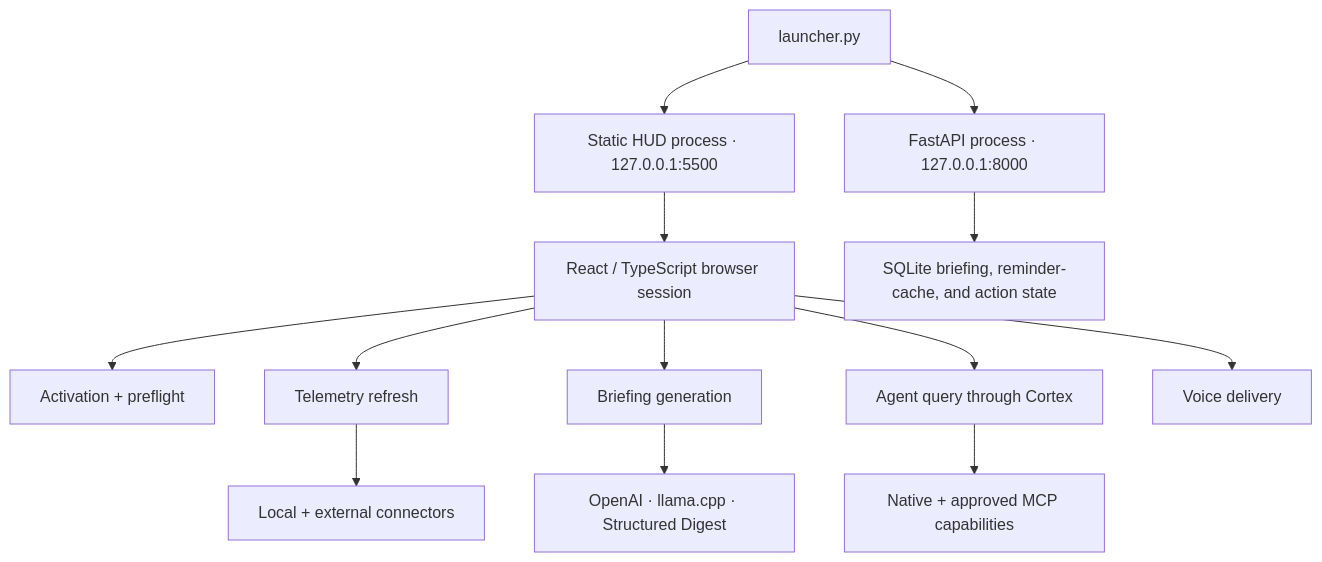
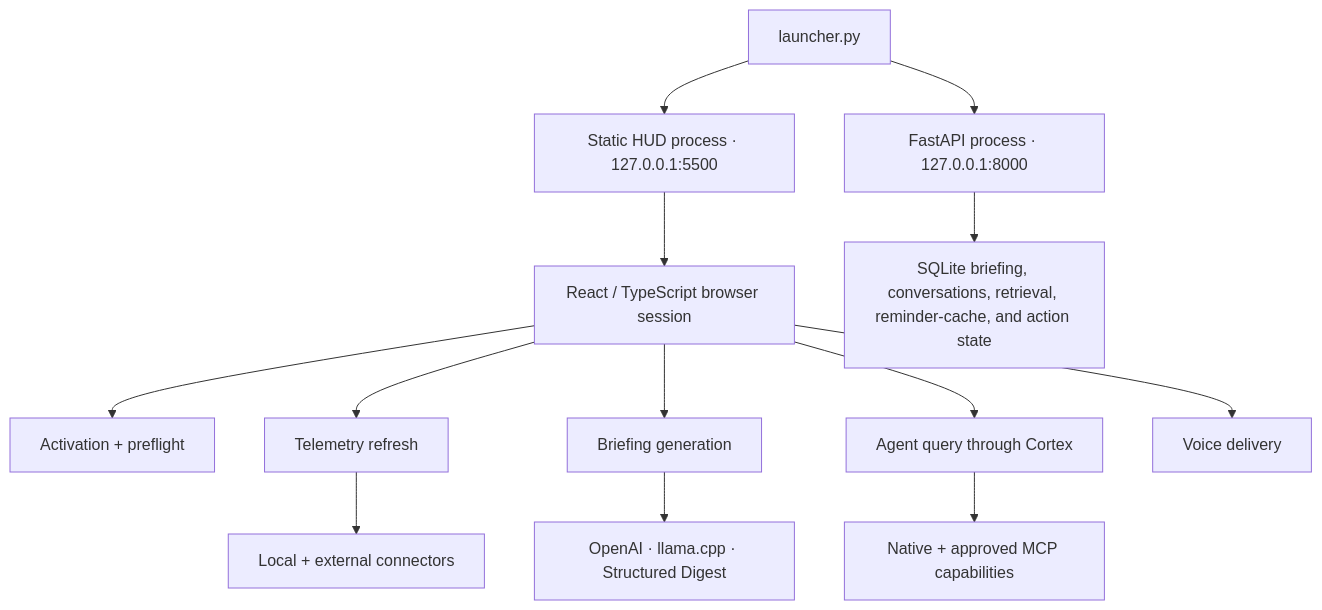
Before and after one commit to edumarcano/APEX: the first of 3 diagrams in docs/architecture.md, drawn with Mermaid. The commit also changed other lines of this file and 19 other files, not shown here.

````diff
--- a/docs/architecture.md
+++ b/docs/architecture.md
@@ -23,17 +23,17 @@
 ```mermaid
 flowchart TB
     Launcher["launcher.py"] --> API["FastAPI process · 127.0.0.1:8000"]
     Launcher --> Static["Static HUD process · 127.0.0.1:5500"]
     Static --> Browser["React / TypeScript browser session"]
 
     Browser --> Activation["Activation + preflight"]
     Browser --> Telemetry["Telemetry refresh"]
     Browser --> Briefing["Briefing generation"]
     Browser --> Cortex["Agent query through Cortex"]
     Browser --> Voice["Voice delivery"]
 
     Telemetry --> Connectors["Local + external connectors"]
     Briefing --> Models["OpenAI · llama.cpp · Structured Digest"]
     Cortex --> Capabilities["Native + approved MCP capabilities"]
-    API --> SQLite["SQLite briefing, reminder-cache, and action state"]
+    API --> SQLite["SQLite briefing, conversations, retrieval, reminder-cache, and action state"]
 ```
````
